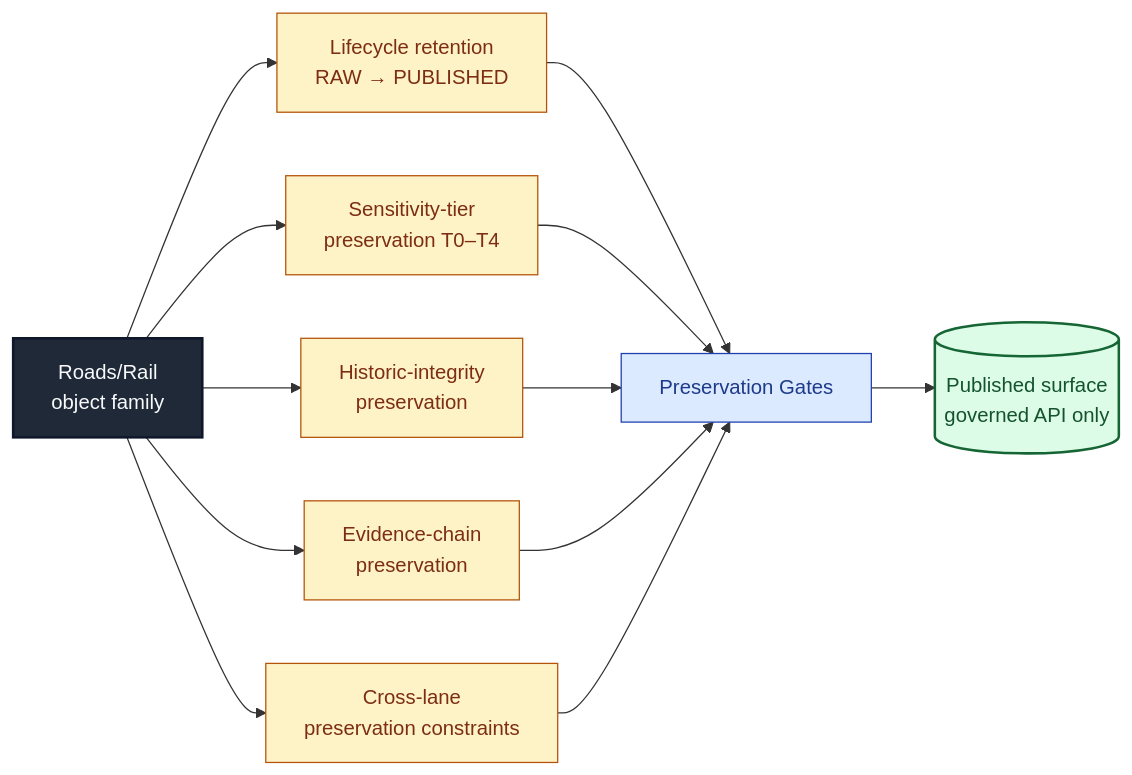
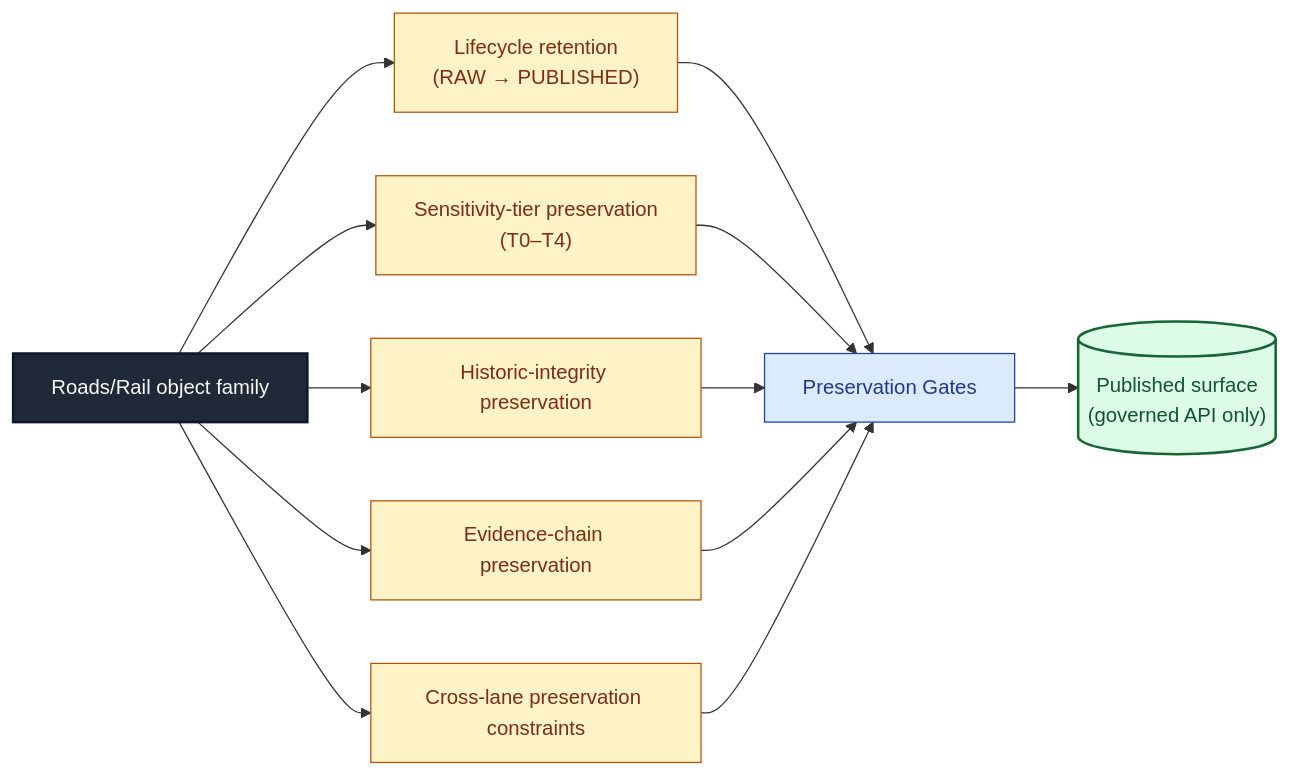
Before and after one commit to bartytime4life/Kansas-Frontier-Matrix: the first of 4 diagrams in docs/domains/roads-rail-trade/PRESERVATION_MATRIX.md, drawn with Mermaid. The commit also changed other lines of this file, not shown here.

````diff
--- a/docs/domains/roads-rail-trade/PRESERVATION_MATRIX.md
+++ b/docs/domains/roads-rail-trade/PRESERVATION_MATRIX.md
@@ -115,21 +113,21 @@
 ```mermaid
 flowchart LR
-    A[Roads/Rail<br/>object family]:::obj
-    A --> L[Lifecycle retention<br/>RAW → PUBLISHED]:::axis
-    A --> S[Sensitivity-tier<br/>preservation T0–T4]:::axis
-    A --> H[Historic-integrity<br/>preservation]:::axis
-    A --> E[Evidence-chain<br/>preservation]:::axis
-    A --> X[Cross-lane<br/>preservation constraints]:::axis
+    A["Roads/Rail object family"]:::obj
+    A --> L["Lifecycle retention<br/>(RAW → PUBLISHED)"]:::axis
+    A --> S["Sensitivity-tier preservation<br/>(T0–T4)"]:::axis
+    A --> H["Historic-integrity preservation"]:::axis
+    A --> E["Evidence-chain preservation"]:::axis
+    A --> X["Cross-lane preservation constraints"]:::axis
 
-    L --> G[Preservation Gates]:::gate
+    L --> G["Preservation Gates"]:::gate
     S --> G
     H --> G
     E --> G
     X --> G
-    G --> P[(Published surface<br/>governed API only)]:::pub
+    G --> P[("Published surface<br/>(governed API only)")]:::pub
 
     classDef obj fill:#1f2937,stroke:#0f172a,color:#f8fafc,stroke-width:2px
     classDef axis fill:#fef3c7,stroke:#b45309,color:#7c2d12
     classDef gate fill:#dbeafe,stroke:#1e40af,color:#1e3a8a
     classDef pub fill:#dcfce7,stroke:#166534,color:#14532d,stroke-width:2px
 ```
````
